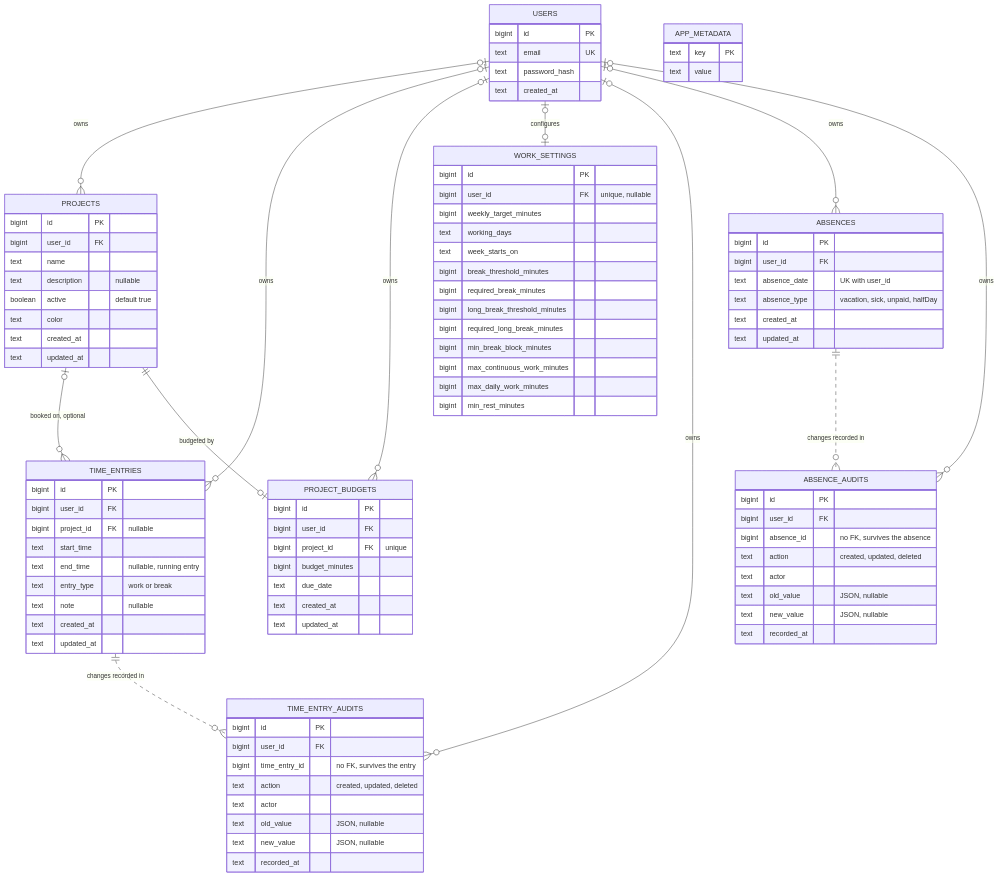
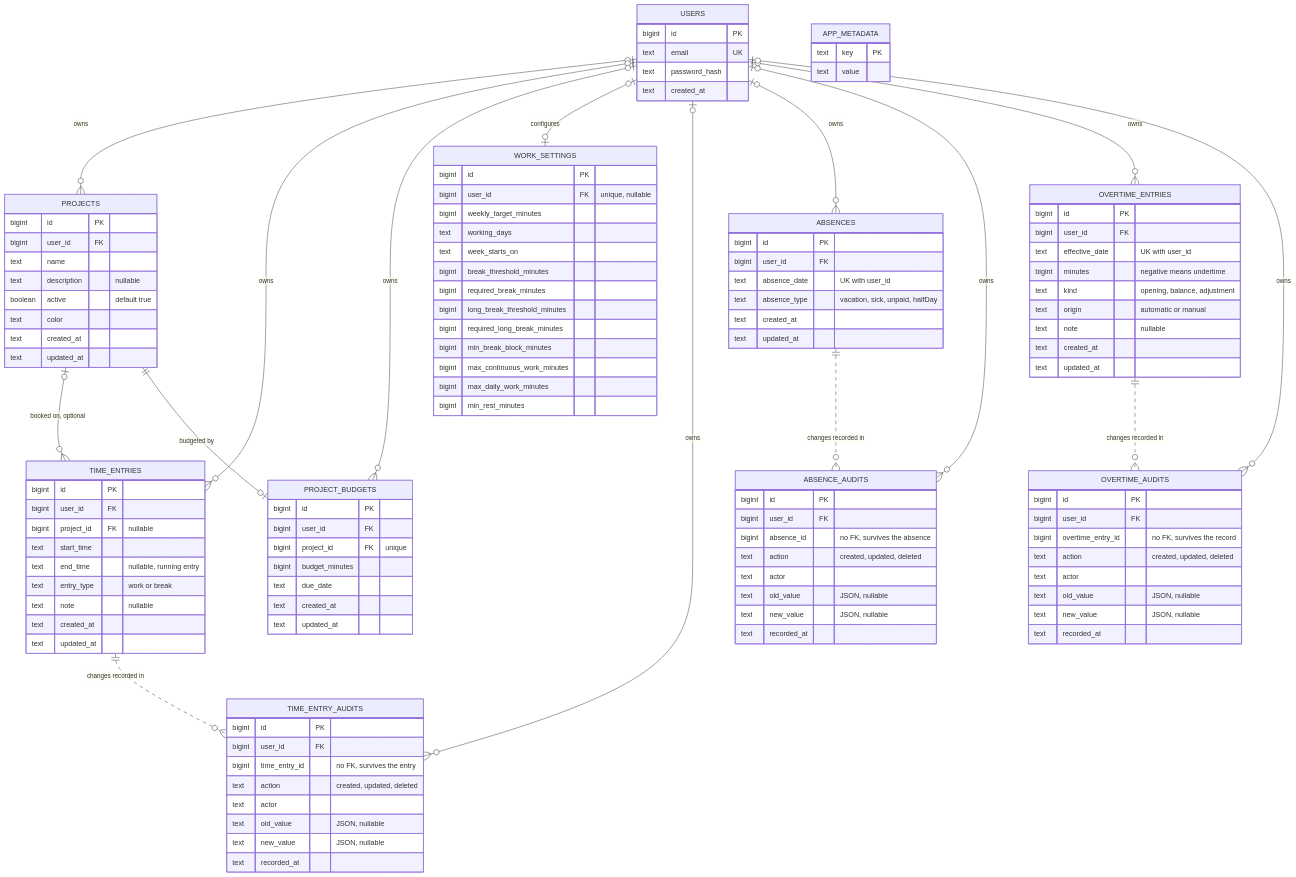
One commit to serious6/WorkTimeTracker changed the third of 3 diagrams in docs/data-model.md. Above: the diagram before and after it, drawn with Mermaid. The commit also changed other lines of this file and 39 other files, not shown here.

First line of the commit message:
Add explicit and automatic overtime management (#58)

```diff
--- a/docs/data-model.md
+++ b/docs/data-model.md
@@ -92,7 +97,10 @@
   USERS o|--o{ TIME_ENTRY_AUDITS : owns
   USERS o|--o{ ABSENCES : owns
   USERS o|--o{ ABSENCE_AUDITS : owns
+  USERS o|--o{ OVERTIME_ENTRIES : owns
+  USERS o|--o{ OVERTIME_AUDITS : owns
   ABSENCES ||..o{ ABSENCE_AUDITS : "changes recorded in"
+  OVERTIME_ENTRIES ||..o{ OVERTIME_AUDITS : "changes recorded in"
   TIME_ENTRIES ||..o{ TIME_ENTRY_AUDITS : "changes recorded in"
   PROJECTS o|--o{ TIME_ENTRIES : "booked on, optional"
   PROJECTS ||--o| PROJECT_BUDGETS : "budgeted by"
@@ -152,6 +160,27 @@
     text new_value "JSON, nullable"
     text recorded_at
   }
+  OVERTIME_ENTRIES {
+    bigint id PK
+    bigint user_id FK
+    text effective_date "UK with user_id"
+    bigint minutes "negative means undertime"
+    text kind "opening, balance, adjustment"
+    text origin "automatic or manual"
+    text note "nullable"
+    text created_at
+    text updated_at
+  }
+  OVERTIME_AUDITS {
+    bigint id PK
+    bigint user_id FK
+    bigint overtime_entry_id "no FK, survives the record"
+    text action "created, updated, deleted"
+    text actor
+    text old_value "JSON, nullable"
+    text new_value "JSON, nullable"
+    text recorded_at
+  }
   PROJECT_BUDGETS {
     bigint id PK
     bigint user_id FK
```
